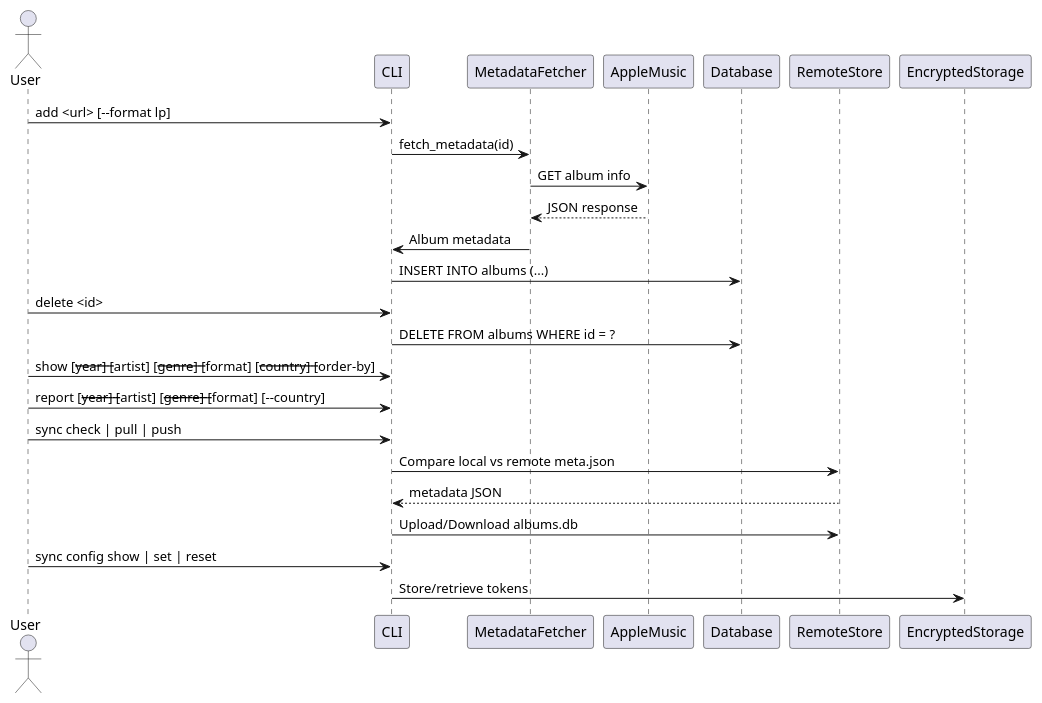
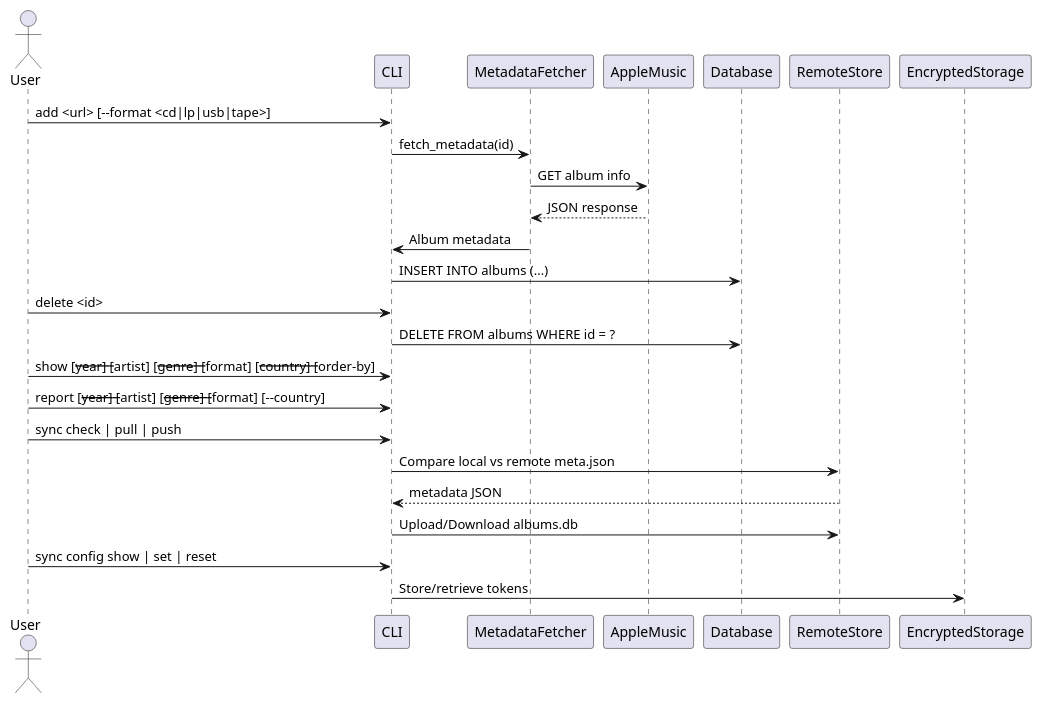
One commit to kennycha/gnedby changed the diagram in gnedby-spec.adoc. Above: the diagram before and after it, drawn with PlantUML. The commit also changed other lines of this file and 1 other file, not shown here.

```diff
--- a/gnedby-spec.adoc
+++ b/gnedby-spec.adoc
@@ -39,22 +39,22 @@
 [plantuml]
 ----
 @startuml
 actor User
-User -> CLI : add <url> [--format lp]
+User -> CLI : add <url> [--format <cd|lp|usb|tape>]
 CLI -> MetadataFetcher : fetch_metadata(id)
 MetadataFetcher -> AppleMusic : GET album info
 AppleMusic --> MetadataFetcher : JSON response
 MetadataFetcher -> CLI : Album metadata
 CLI -> Database : INSERT INTO albums (...)
 User -> CLI : delete <id>
 CLI -> Database : DELETE FROM albums WHERE id = ?
 User -> CLI : show [--year] [--artist] [--genre] [--format] [--country] [--order-by]
 User -> CLI : report [--year] [--artist] [--genre] [--format] [--country]
 User -> CLI : sync check | pull | push
 CLI -> RemoteStore : Compare local vs remote meta.json
 RemoteStore --> CLI : metadata JSON
 CLI -> RemoteStore : Upload/Download albums.db
 User -> CLI : sync config show | set | reset
 CLI -> EncryptedStorage : Store/retrieve tokens
 @enduml
 ----
```
